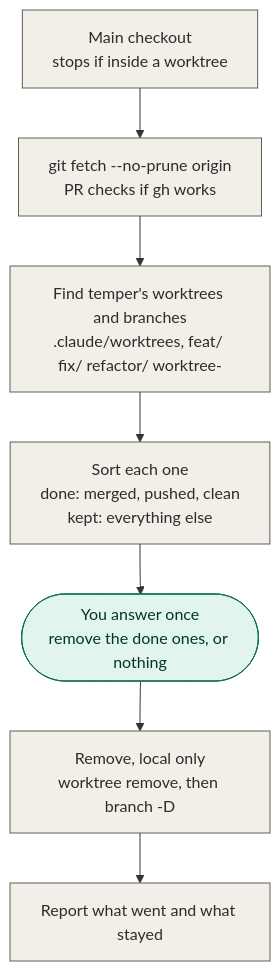
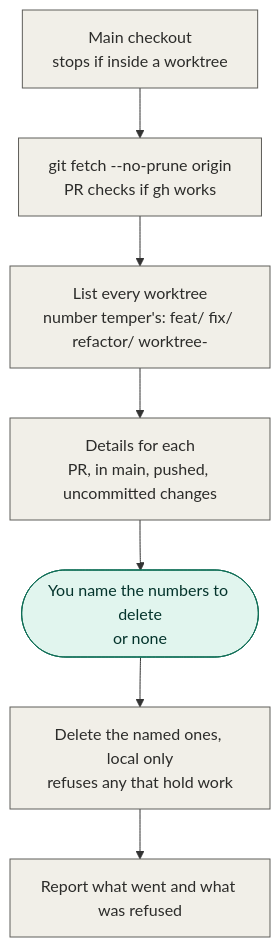
One commit to junayed711/temper changed the sixth of 6 diagrams in README.md. Above: the diagram before and after it, drawn with Mermaid. The commit also changed other lines of this file and 1 other file, not shown here.

Commit message:
show every worktree with its details and delete only the numbers named

````diff
--- a/README.md
+++ b/README.md
@@ -505,15 +504,15 @@
 ```mermaid
 flowchart TD
     here["Main checkout<br/>stops if inside a worktree"]:::temper
     fetch["git fetch --no-prune origin<br/>PR checks if gh works"]:::temper
-    find["Find temper's worktrees and branches<br/>.claude/worktrees, feat/ fix/ refactor/ worktree-"]:::temper
-    sort["Sort each one<br/>done: merged, pushed, clean<br/>kept: everything else"]:::temper
-    ask(["You answer once<br/>remove the done ones, or nothing"]):::you
-    remove["Remove, local only<br/>worktree remove, then branch -D"]:::temper
-    report["Report what went and what stayed"]:::temper
+    find["List every worktree<br/>number temper's: feat/ fix/ refactor/ worktree-"]:::temper
+    sort["Details for each<br/>PR, in main, pushed, uncommitted changes"]:::temper
+    ask(["You name the numbers to delete<br/>or none"]):::you
+    remove["Delete the named ones, local only<br/>refuses any that hold work"]:::temper
+    report["Report what went and what was refused"]:::temper
 
     here --> fetch --> find --> sort --> ask --> remove --> report
 
     classDef you fill:#E1F5EE,stroke:#0F6E56,color:#04342C
     classDef temper fill:#F1EFE8,stroke:#5F5E5A,color:#2C2C2A
 ```
````
